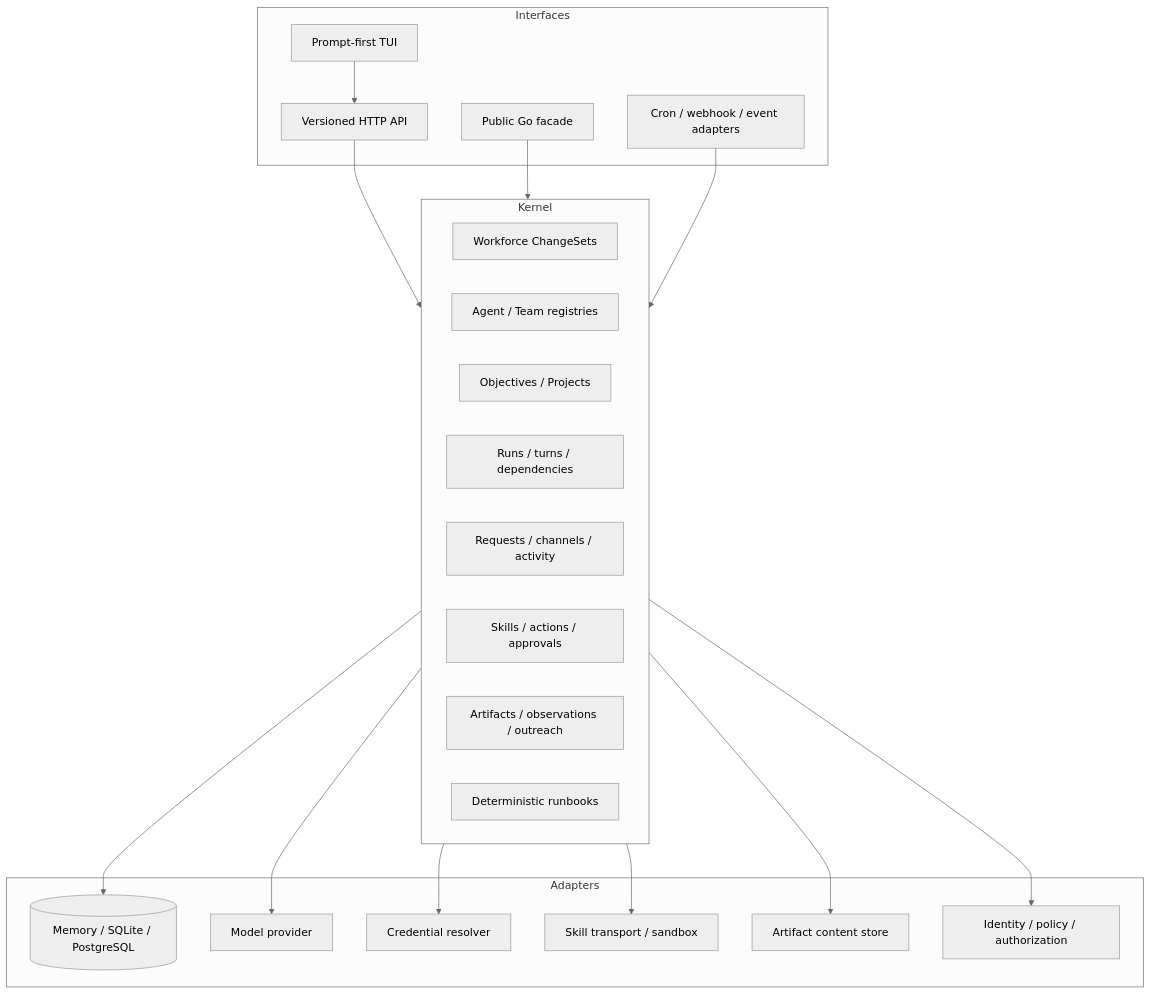
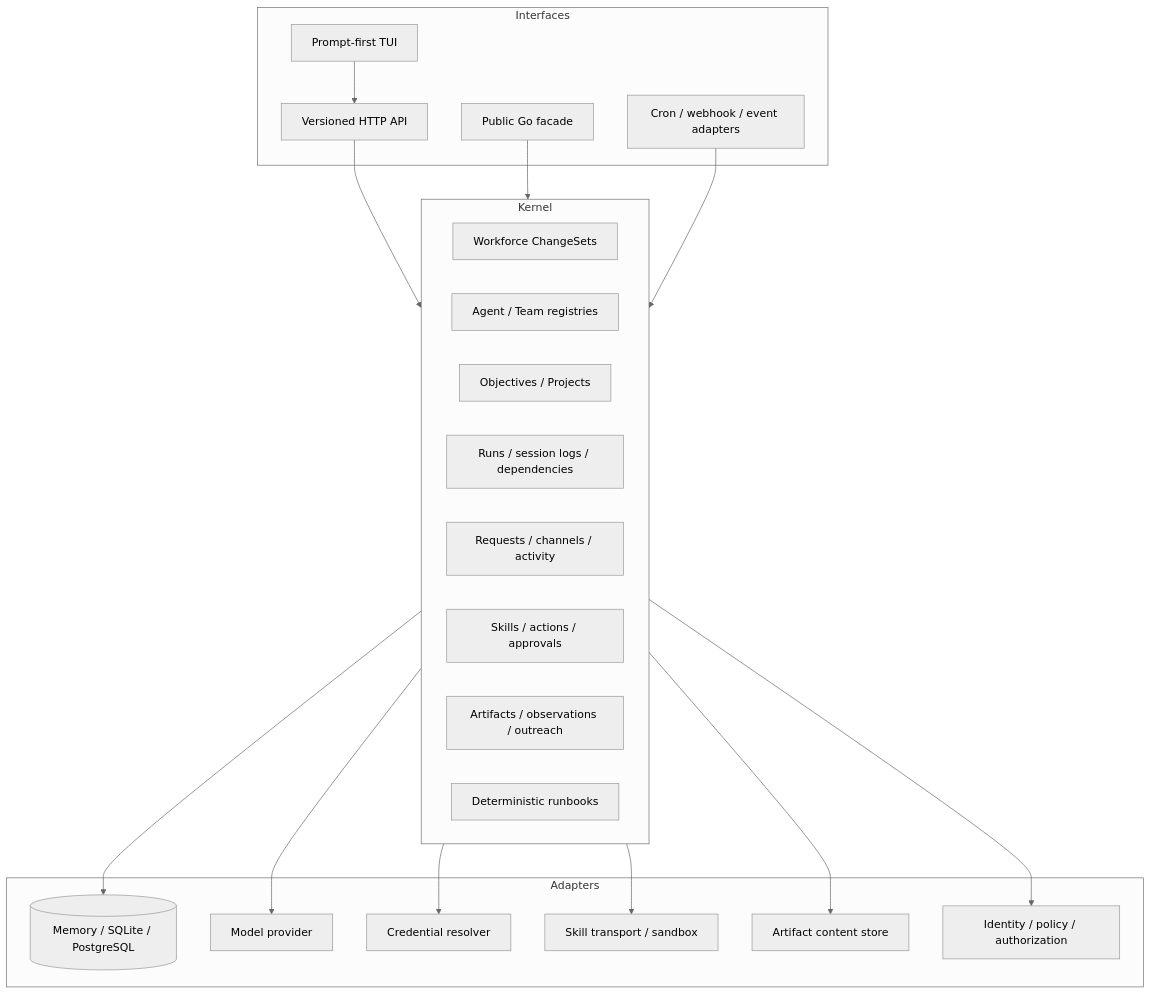
The first of 5 diagrams in docs/dev-docs/architecture/autonomous-agent-runtime.md (axiom-studio/openseal), drawn with Mermaid (neutral theme) before and after one commit. The commit also changed other lines of this file and 10 other files, not shown here.

Commit message:
Docs and the Rowan example now describe Runs as an agent loop of model steps, with agent-turns v2 and the new step budgets.

````diff
--- a/docs/dev-docs/architecture/autonomous-agent-runtime.md
+++ b/docs/dev-docs/architecture/autonomous-agent-runtime.md
@@ -9,40 +9,40 @@
 ```mermaid
 flowchart TB
     subgraph Interfaces
         TUI[Prompt-first TUI]
         HTTP[Versioned HTTP API]
         Go[Public Go facade]
         Trigger[Cron / webhook / event adapters]
     end
 
     subgraph Kernel
         Authoring[Workforce ChangeSets]
         Registry[Agent / Team registries]
         Portfolio[Objectives / Projects]
-        Runs[Runs / turns / dependencies]
+        Runs[Runs / session logs / dependencies]
         Collaboration[Requests / channels / activity]
         Governance[Skills / actions / approvals]
         Evidence[Artifacts / observations / outreach]
         Runbooks[Deterministic runbooks]
     end
 
     subgraph Adapters
         Store[(Memory / SQLite / PostgreSQL)]
         Model[Model provider]
         Secrets[Credential resolver]
         Transport[Skill transport / sandbox]
         Content[Artifact content store]
         Policy[Identity / policy / authorization]
     end
 
     TUI --> HTTP
     HTTP --> Kernel
     Go --> Kernel
     Trigger --> Kernel
     Kernel --> Store
     Kernel --> Model
     Kernel --> Secrets
     Kernel --> Transport
     Kernel --> Content
     Kernel --> Policy
 ```
````
